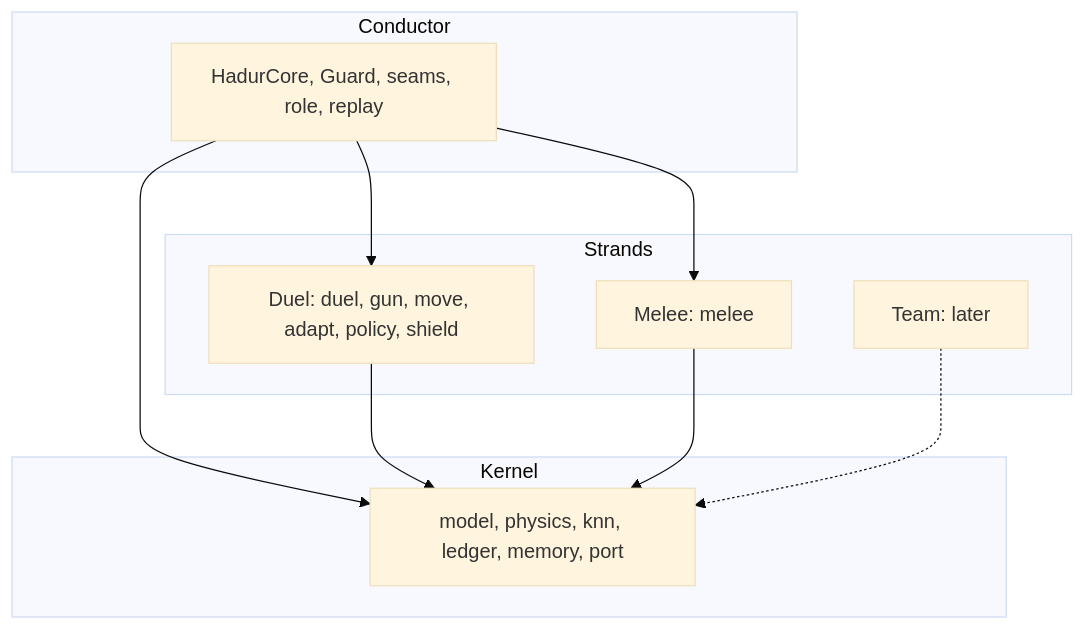
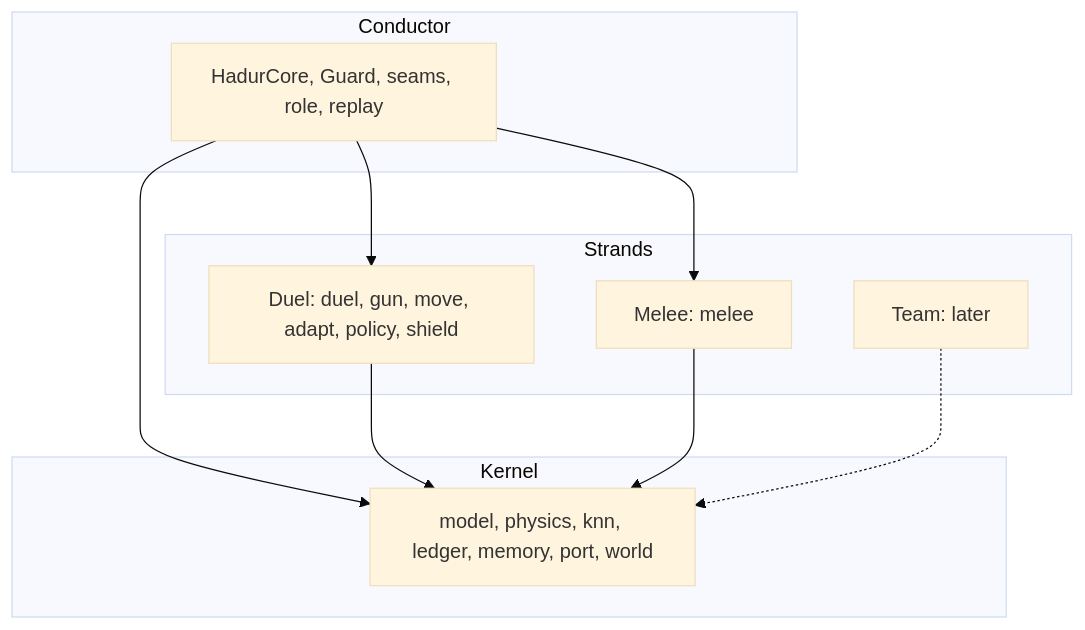
One commit to lgriffin/Hadur_Robot changed the second of 2 diagrams in docs/architecture.md. Above: the diagram before and after it, drawn with Mermaid (base theme). The commit also changed other lines of this file and 44 other files, not shown here.

````diff
--- a/docs/architecture.md
+++ b/docs/architecture.md
@@ -155,20 +159,20 @@
 ```mermaid
 graph TB
     subgraph Conductor
         HC[HadurCore, Guard, seams, role, replay]
     end
     subgraph Strands
         D[Duel: duel, gun, move, adapt, policy, shield]
         M[Melee: melee]
         T[Team: later]
     end
     subgraph Kernel
-        K[model, physics, knn, ledger, memory, port]
+        K[model, physics, knn, ledger, memory, port, world]
     end
     HC --> D
     HC --> M
     HC --> K
     D --> K
     M --> K
     T -.-> K
 ```
````
